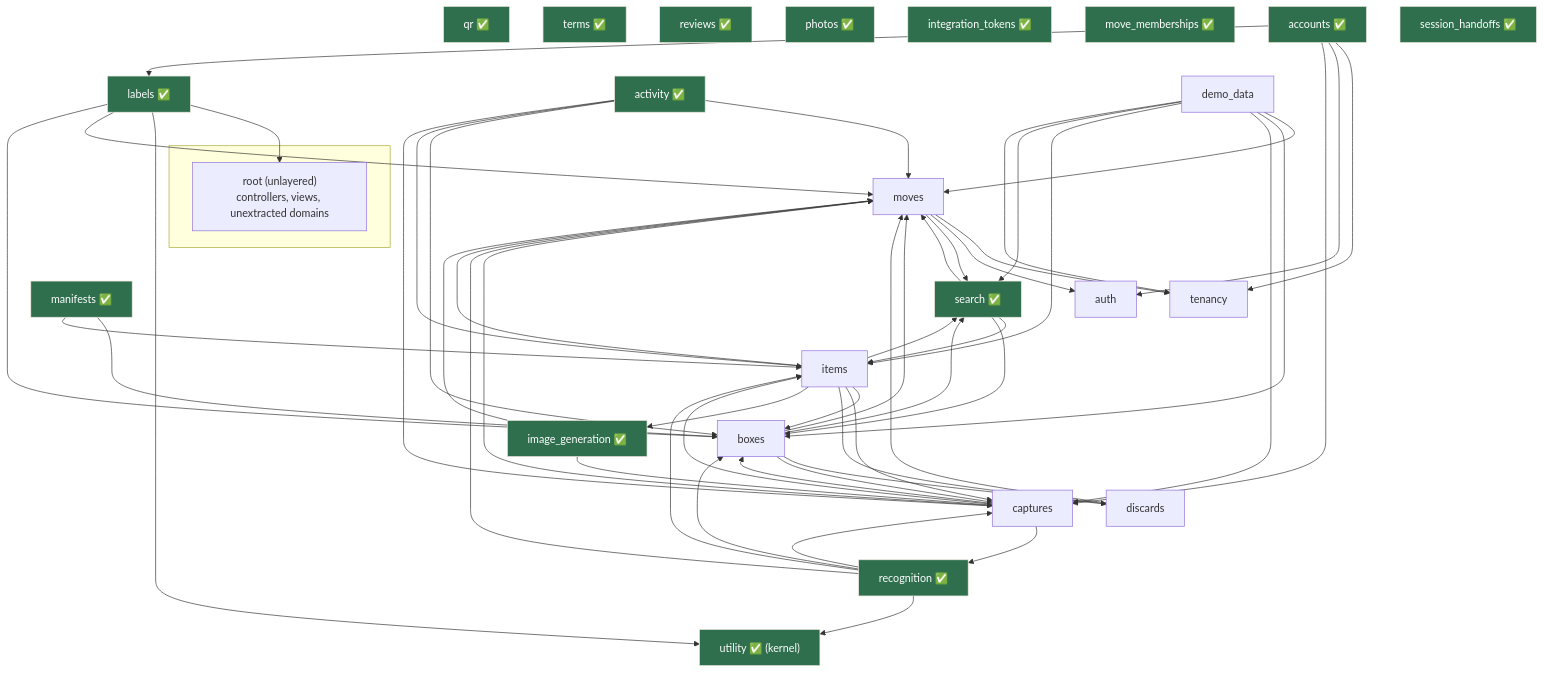
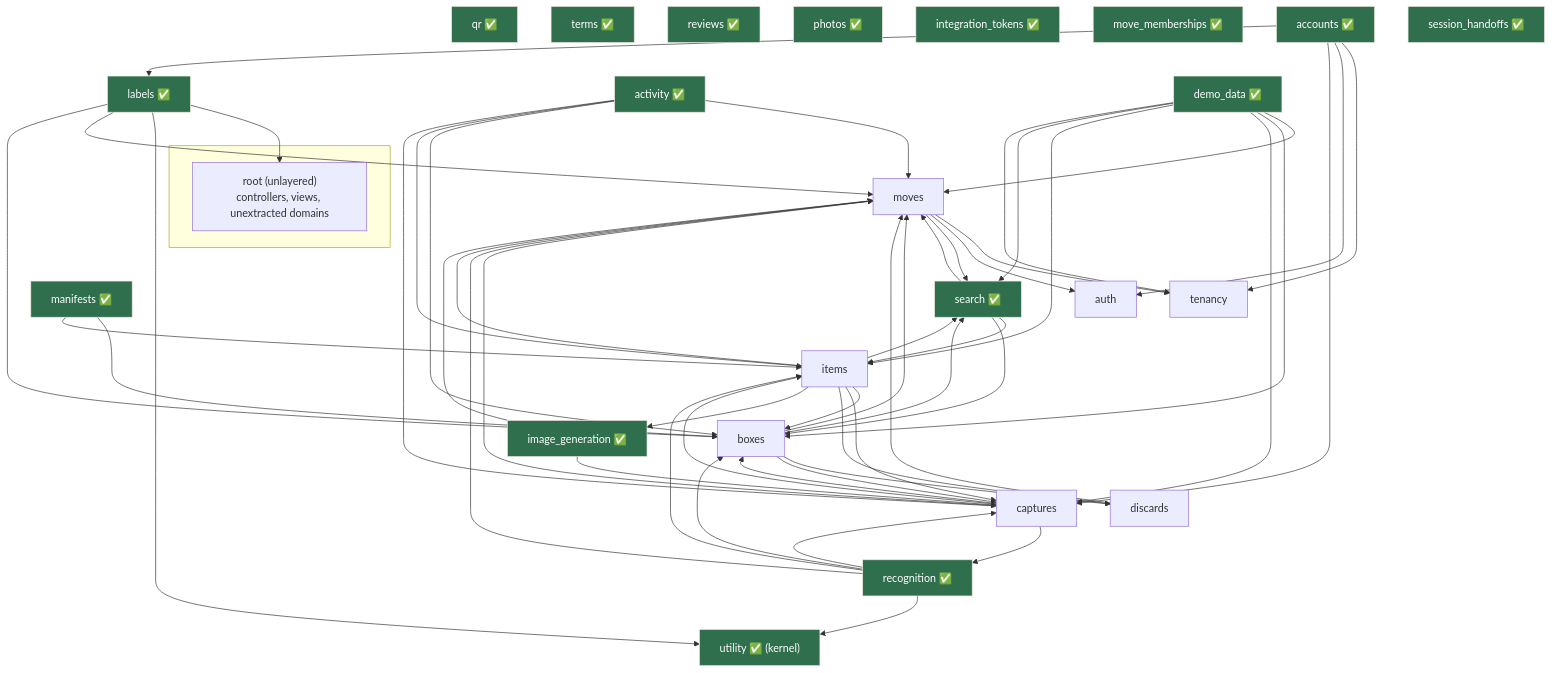
Before and after one commit to joel/move: the diagram in doc/project/packwerk-boundaries.md, drawn with Mermaid. The commit also changed 8 other files, not shown here.

Commit message:
docs(packwerk): mark demo_data extracted (+ regen diagrams)

````diff
--- a/doc/project/packwerk-boundaries.md
+++ b/doc/project/packwerk-boundaries.md
@@ -154,48 +154,48 @@
 ```mermaid
 graph TD
     subgraph application [" "]
       root["root (unlayered)<br/>controllers, views, unextracted domains"]
     end
 
     labels["labels ✅"]
     utility["utility ✅ (kernel)"]
     boxes["boxes"]
     items["items"]
     moves["moves"]
     captures["captures"]
     recognition["recognition ✅"]
     search["search ✅"]
     image_gen["image_generation ✅"]
     activity["activity ✅"]
     qr["qr ✅"]
     terms["terms ✅"]
     reviews["reviews ✅"]
     photos["photos ✅"]
     integration_tokens["integration_tokens ✅"]
     move_memberships["move_memberships ✅"]
     manifests["manifests ✅"]
     discards["discards"]
     accounts["accounts ✅"]
-    demo["demo_data"]
+    demo["demo_data ✅"]
     tenancy["tenancy"]
     session_handoffs["session_handoffs ✅"]
     auth["auth"]
 
     labels --> root & utility
     boxes --> moves & discards & search & captures
     items --> boxes & moves & captures & discards & image_gen & search
     captures --> moves & boxes & items & recognition
     recognition --> moves & boxes & items & captures & utility
     search --> moves & items & boxes
     moves --> tenancy & auth & search
     image_gen --> moves & captures
     activity --> moves & boxes & items & captures
     manifests --> boxes & items
     labels --> moves & boxes
     accounts --> tenancy & auth & captures & labels
     demo --> moves & boxes & captures & items & search & tenancy
     discards --> moves
 
     classDef done fill:#2f6f4e,stroke:#ECE7DC,color:#fff;
-    class labels,utility,manifests,search,recognition,activity,qr,terms,reviews,photos,integration_tokens,move_memberships,session_handoffs,accounts,vocabularies,image_gen done;
+    class labels,utility,manifests,search,recognition,activity,qr,terms,reviews,photos,integration_tokens,move_memberships,session_handoffs,accounts,vocabularies,image_gen,demo done;
 ```
````
